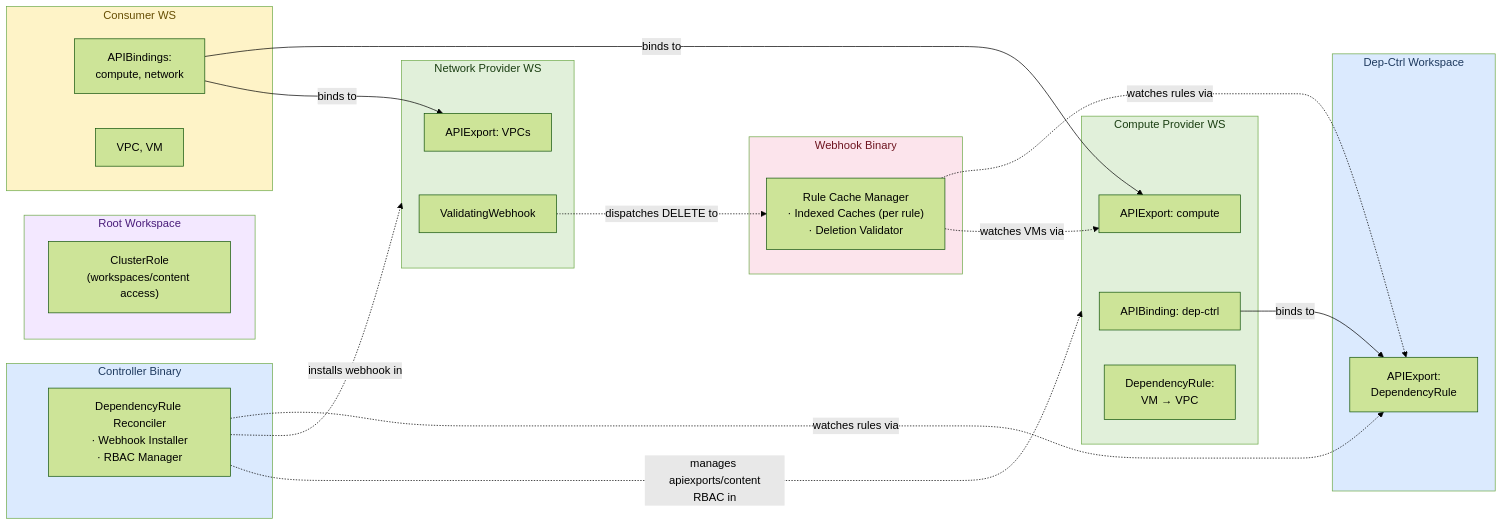
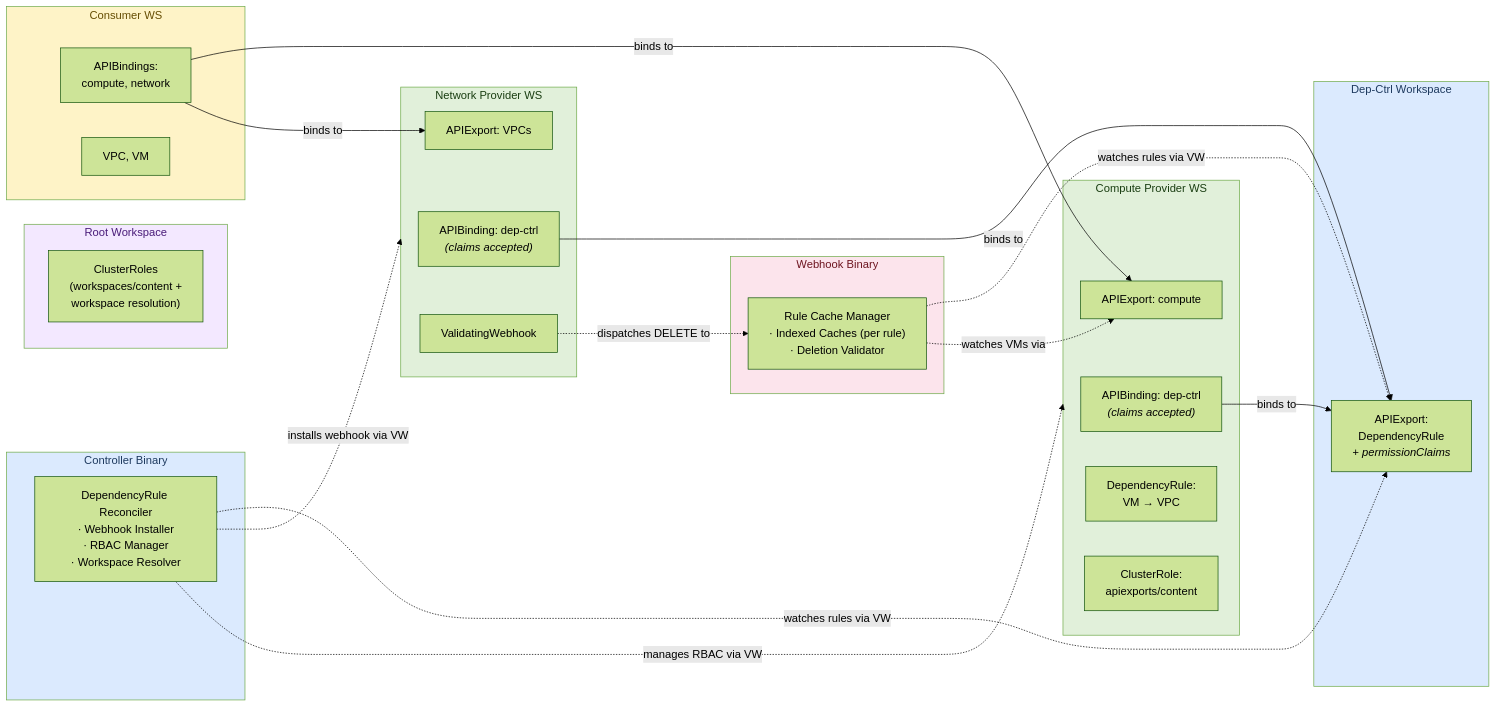
Before and after one commit to opendefensecloud/dependency-controller: the second of 2 diagrams in README.md, drawn with Mermaid (forest theme). The commit also changed other lines of this file and 15 other files, not shown here.

````diff
--- a/README.md
+++ b/README.md
@@ -115,52 +118,55 @@
 ```mermaid
 graph LR
     subgraph DC["Dep-Ctrl Workspace"]
-        DCExport["APIExport:<br/>DependencyRule"]
+        DCExport["APIExport:<br/>DependencyRule<br/><i>+ permissionClaims</i>"]
     end
 
     subgraph CB["Controller Binary"]
-        Ctrl["DependencyRule Reconciler<br/>· Webhook Installer<br/>· RBAC Manager"]
+        Ctrl["DependencyRule Reconciler<br/>· Webhook Installer<br/>· RBAC Manager<br/>· Workspace Resolver"]
     end
 
     subgraph WB["Webhook Binary"]
         WH["Rule Cache Manager<br/>· Indexed Caches (per rule)<br/>· Deletion Validator"]
     end
 
     subgraph CP["Compute Provider WS"]
-        CPBinding["APIBinding: dep-ctrl"]
+        CPBinding["APIBinding: dep-ctrl<br/><i>(claims accepted)</i>"]
         CPExport["APIExport: compute"]
         CPRule["DependencyRule:<br/>VM → VPC"]
+        CPRBAC["ClusterRole:<br/>apiexports/content"]
     end
 
     subgraph NP["Network Provider WS"]
+        NPBinding["APIBinding: dep-ctrl<br/><i>(claims accepted)</i>"]
         NPExport["APIExport: VPCs"]
         NPWebhook["ValidatingWebhook"]
     end
 
     subgraph ROOT["Root Workspace"]
-        ROOTROLE["ClusterRole<br/>(workspaces/content access)"]
+        ROOTROLE["ClusterRoles<br/>(workspaces/content +<br/>workspace resolution)"]
     end
 
     subgraph CW["Consumer WS"]
         CWBindings["APIBindings:<br/>compute, network"]
         CWResources["VPC, VM"]
     end
 
     CPBinding -->|binds to| DCExport
-    Ctrl -.->|watches rules via| DCExport
-    Ctrl -.->|installs webhook in| NP
-    Ctrl -.->|manages apiexports/content<br/>RBAC in| CP
-    WH -.->|watches rules via| DCExport
+    NPBinding -->|binds to| DCExport
+    Ctrl -.->|watches rules via VW| DCExport
+    Ctrl -.->|installs webhook via VW| NP
+    Ctrl -.->|manages RBAC via VW| CP
+    WH -.->|watches rules via VW| DCExport
     WH -.->|watches VMs via| CPExport
     NPWebhook -.->|dispatches DELETE to| WH
     CWBindings -->|binds to| CPExport
     CWBindings -->|binds to| NPExport
 
     style DC fill:#dbeafe,color:#1e3a5f
     style CB fill:#dbeafe,color:#1e3a5f
     style WB fill:#fce4ec,color:#6e1520
     style CP fill:#e1f0da,color:#1a3e12
     style NP fill:#e1f0da,color:#1a3e12
     style ROOT fill:#f3e8ff,color:#4a1d7a
     style CW fill:#fef3c7,color:#664d03
 ```
````
